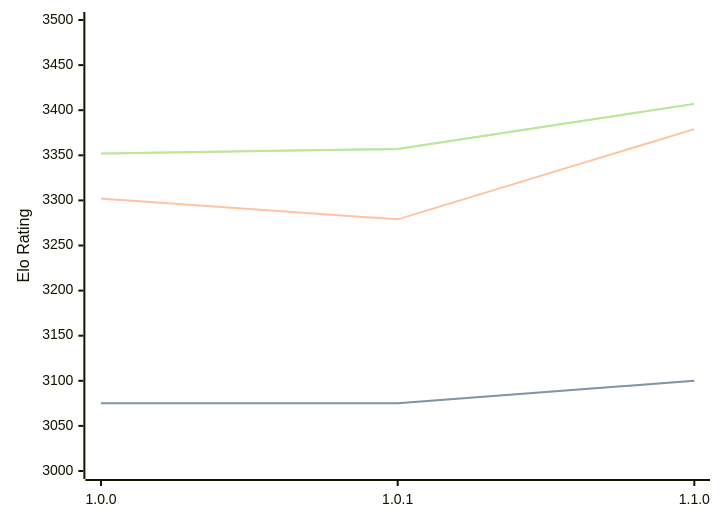
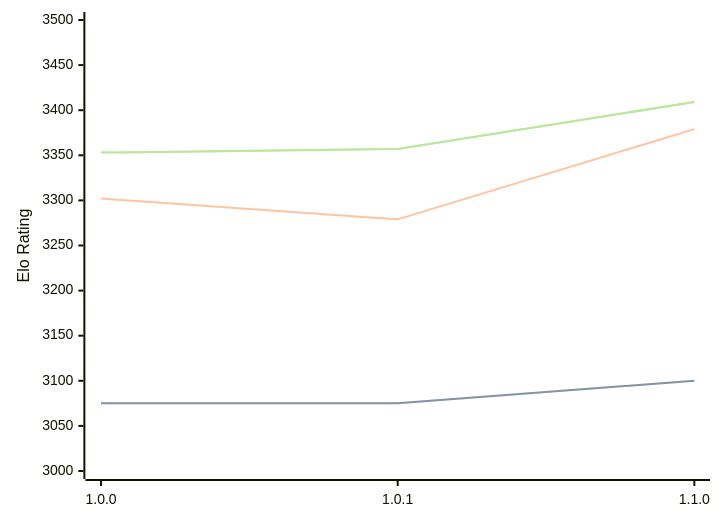
One commit to computer-chess-index/cci changed the diagram in engines/Ursus.md. Above: the diagram before and after it, drawn with Mermaid. The commit also changed other lines of this file, not shown here.

Commit message:
Update CCI Ratings (ELO VLTC) - 2026-09-27

````diff
--- a/engines/Ursus.md
+++ b/engines/Ursus.md
@@ -33,11 +33,11 @@
 ```mermaid
 %%{init: {"theme":"base","themeVariables":{"seriesColors:['#a3a3a3','#222221','#faa371']}}}%%
 xychart-beta
   x-axis ["1.0.0", "1.0.1", "1.1.0"]
   y-axis "Elo Rating" 3000 --> 3500
   line "" [3075, 3075, 3100]
   line "STC (8.0+0.08s)" [3075, 3075, 3100]
   line "LTC (60.0+0.60s)" [3302, 3279, 3379]
-  line "" [3352, 3357, 3407]
-  line "VLTC (2m24s+1.12s)" [3352, 3357, 3407]
+  line "" [3353, 3357, 3409]
+  line "VLTC (2m24s+1.12s)" [3353, 3357, 3409]
 ```
````
